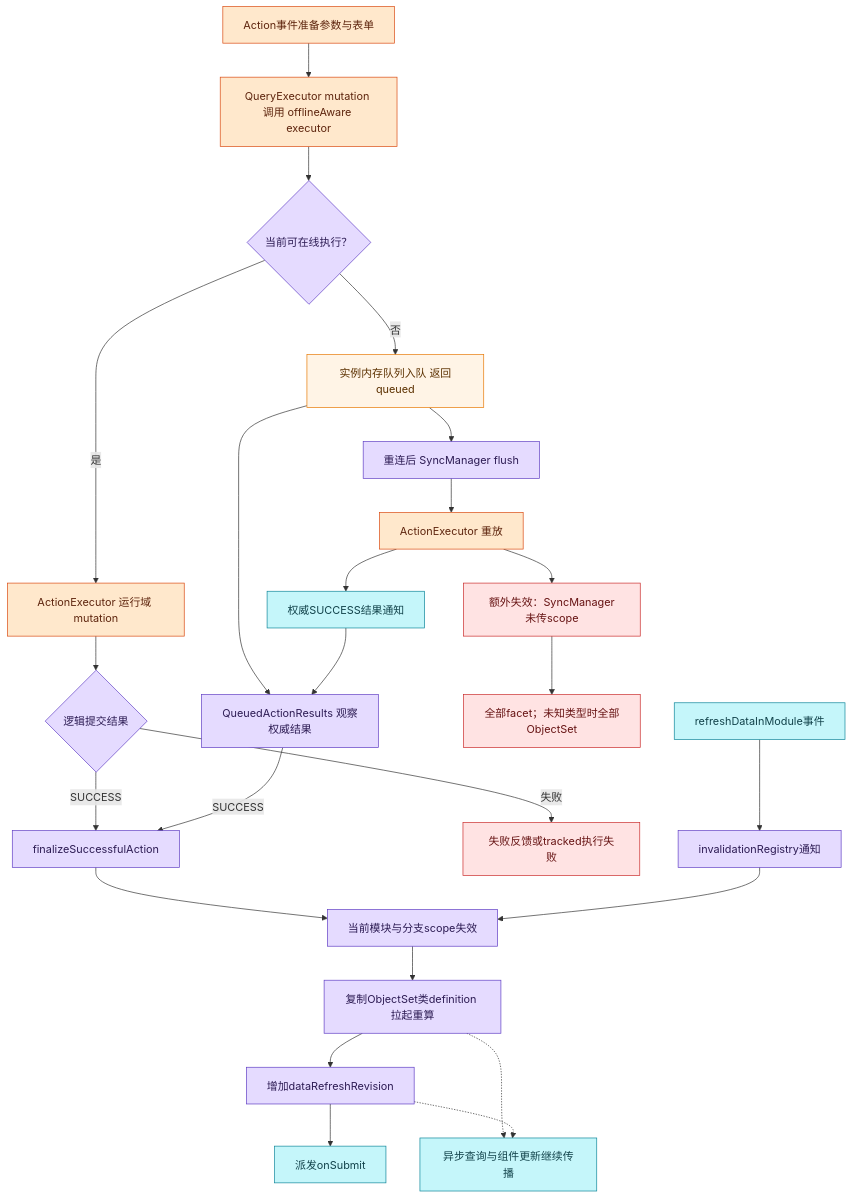
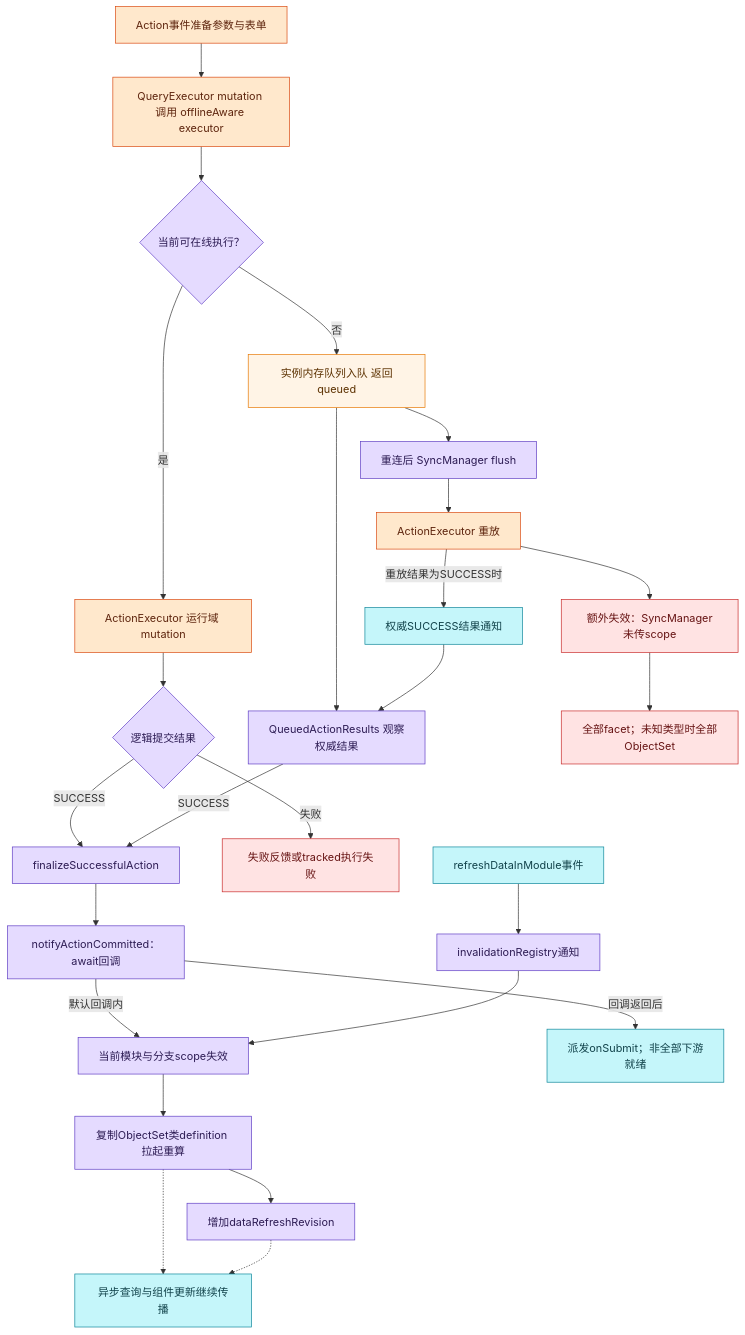
Before and after one commit to 501981732/palantir-research: the second of 2 diagrams in research/workshop-runtime-2026-10/eos-comparison/events-data-evidence.md, drawn with Mermaid. The commit also changed other lines of this file and 5 other files, not shown here.

Commit message:
docs: separate Action lifecycle from manual refresh

````diff
--- a/research/workshop-runtime-2026-10/eos-comparison/events-data-evidence.md
+++ b/research/workshop-runtime-2026-10/eos-comparison/events-data-evidence.md
@@ -172,36 +172,37 @@
 ```mermaid
 flowchart TB
     start["Action事件准备参数与表单"] --> submit["QueryExecutor mutation 调用 offlineAware executor"]
     submit --> mode{"当前可在线执行？"}
     mode -->|是| execute["ActionExecutor 运行域 mutation"]
     execute --> result{"逻辑提交结果"}
     result -->|SUCCESS| finalize["finalizeSuccessfulAction"]
     result -->|失败| failure["失败反馈或tracked执行失败"]
     mode -->|否| queued["实例内存队列入队 返回queued"]
     queued --> wait["QueuedActionResults 观察权威结果"]
     queued --> reconnect["重连后 SyncManager flush"]
     reconnect --> replay["ActionExecutor 重放"]
     replay --> broad["额外失效：SyncManager未传scope"]
     broad --> broadscope["全部facet；未知类型时全部ObjectSet"]
-    replay --> settled["权威SUCCESS结果通知"]
+    replay -->|重放结果为SUCCESS时| settled["权威SUCCESS结果通知"]
     settled --> wait
     wait -->|SUCCESS| finalize
-    finalize --> refresh["当前模块与分支scope失效"]
+    finalize --> committed["notifyActionCommitted：await回调"]
+    committed -->|默认回调内| refresh["当前模块与分支scope失效"]
+    committed -->|回调返回后| lifecycle["派发onSubmit；非全部下游就绪"]
     refresh --> recompute["复制ObjectSet类definition 拉起重算"]
     recompute --> revision["增加dataRefreshRevision"]
-    revision --> lifecycle["派发onSubmit"]
     recompute -.-> fetching["异步查询与组件更新继续传播"]
     revision -.-> fetching
     manual["refreshDataInModule事件"] --> registry["invalidationRegistry通知"]
     registry --> refresh
     classDef action fill:#ffe8cc,stroke:#d9480f,color:#5e250e;
     classDef process fill:#e5dbff,stroke:#5f3dc4,color:#2d1c54;
     classDef storage fill:#fff4e6,stroke:#e67700,color:#5c3100;
     classDef result fill:#c5f6fa,stroke:#0c8599,color:#12434b;
     classDef exception fill:#ffe3e3,stroke:#c92a2a,color:#671414;
     class start,submit,execute,replay action;
-    class mode,result,wait,reconnect,finalize,refresh,recompute,revision,registry process;
+    class mode,result,wait,reconnect,finalize,committed,refresh,recompute,revision,registry process;
     class queued storage;
     class lifecycle,fetching,settled,manual result;
     class broad,broadscope,failure exception;
 ```
````
